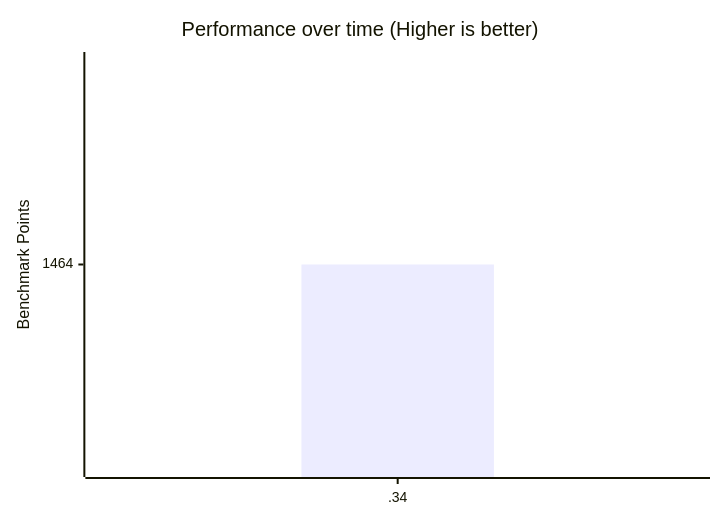
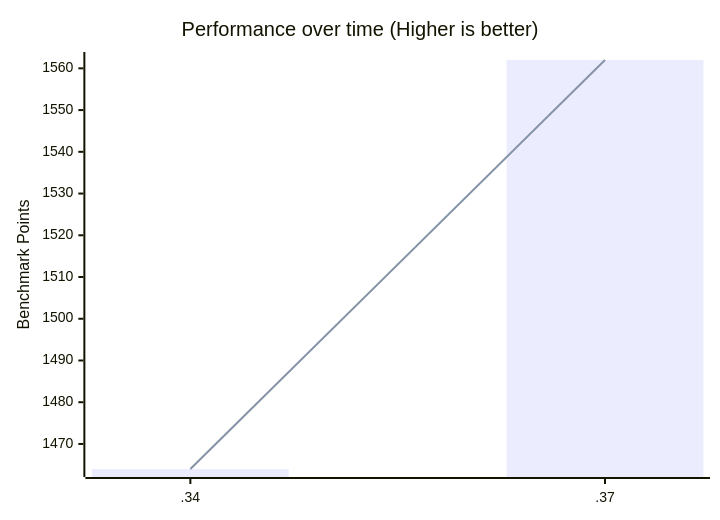
One commit to zen-browser/docs changed the third of 4 diagrams in content/benchmarks.md. Above: the diagram before and after it, drawn with Mermaid. The commit also changed other lines of this file, not shown here.

````diff
--- a/content/benchmarks.md
+++ b/content/benchmarks.md
@@ -65,8 +66,8 @@
 ```mermaid
 xychart-beta
     title "Performance over time (Higher is better)"
-    x-axis [.34]
+    x-axis [.34,.37]
     y-axis "Benchmark Points"
-    bar [1464]
-    line [1464]
+    bar [1464,1562]
+    line [1464,1562]
 ```
````
